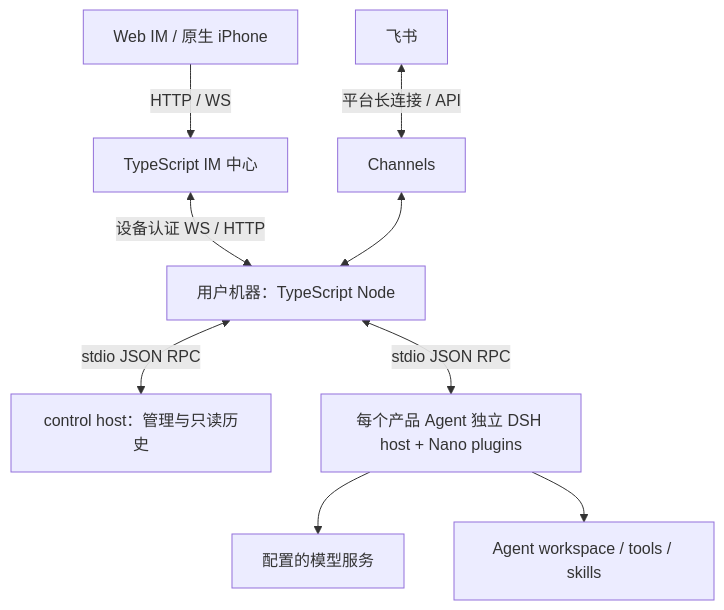
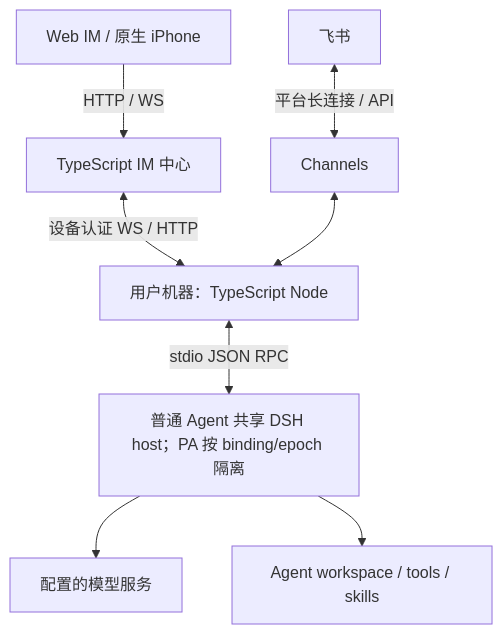
Before and after one commit to Mrchen116/nano-multiagent: the diagram in SPEC.md, drawn with Mermaid. The commit also changed other lines of this file and 31 other files, not shown here.

Commit message:
fix(bugfix-660): scope DSH lifecycle to Agent owners in shared hosts

````diff
--- a/SPEC.md
+++ b/SPEC.md
@@ -11,11 +11,10 @@
 ```mermaid
 flowchart TD
   Web[Web IM / 原生 iPhone] -->|HTTP / WS| IM[TypeScript IM 中心]
   IM <-->|设备认证 WS / HTTP| Node[用户机器：TypeScript Node]
   Feishu[飞书] <-->|平台长连接 / API| Channels[Channels]
   Channels <--> Node
-  Node <-->|stdio JSON RPC| Control[control host：管理与只读历史]
-  Node <-->|stdio JSON RPC| DSH[每个产品 Agent 独立 DSH host + Nano plugins]
+  Node <-->|stdio JSON RPC| DSH[普通 Agent 共享 DSH host；PA 按 binding/epoch 隔离]
   DSH --> LLM[配置的模型服务]
   DSH --> Workspace[Agent workspace / tools / skills]
 ```
````
